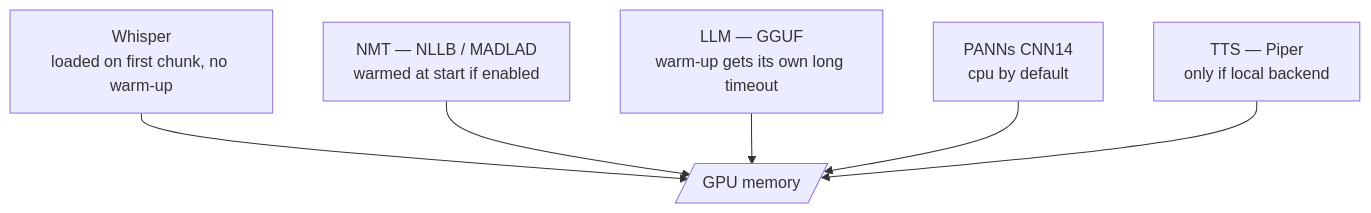
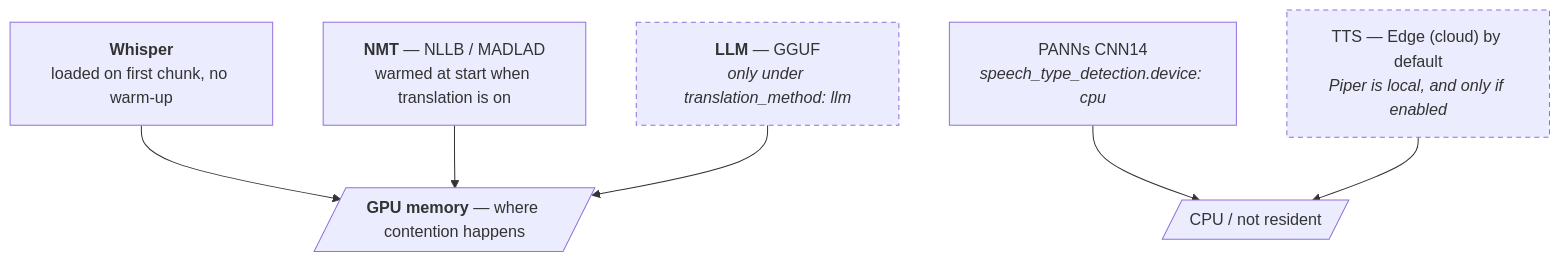
One commit to ChurchPresenter/STT changed the fourth of 11 diagrams in PIPELINE.md. Above: the diagram before and after it, drawn with Mermaid. The commit also changed other lines of this file, not shown here.

````diff
--- a/PIPELINE.md
+++ b/PIPELINE.md
@@ -165,15 +182,19 @@
 ```mermaid
 flowchart TD
-    WSPM["Whisper<br/>loaded on first chunk, no warm-up"]
-    NMT["NMT — NLLB / MADLAD<br/>warmed at start if enabled"]
-    LLM["LLM — GGUF<br/>warm-up gets its own long timeout"]
-    PANNSM["PANNs CNN14<br/>cpu by default"]
-    TTSM["TTS — Piper<br/>only if local backend"]
-    GPU[/"GPU memory"/]
+    WSPM["<b>Whisper</b><br/>loaded on first chunk, no warm-up"]
+    NMT["<b>NMT</b> — NLLB / MADLAD<br/>warmed at start when translation is on"]
+    LLM["<b>LLM</b> — GGUF<br/><i>only under translation_method: llm</i>"]
+    GPU[/"<b>GPU memory</b> — where contention happens"/]
+    PANNSM["PANNs CNN14<br/><i>speech_type_detection.device: cpu</i>"]
+    TTSM["TTS — Edge (cloud) by default<br/><i>Piper is local, and only if enabled</i>"]
+    CPU[/"CPU / not resident"/]
 
     WSPM --> GPU
     NMT --> GPU
     LLM --> GPU
-    PANNSM --> GPU
-    TTSM --> GPU
+    PANNSM --> CPU
+    TTSM --> CPU
+
+    classDef optin stroke-dasharray:5 4;
+    class LLM,TTSM optin;
 ```
````
